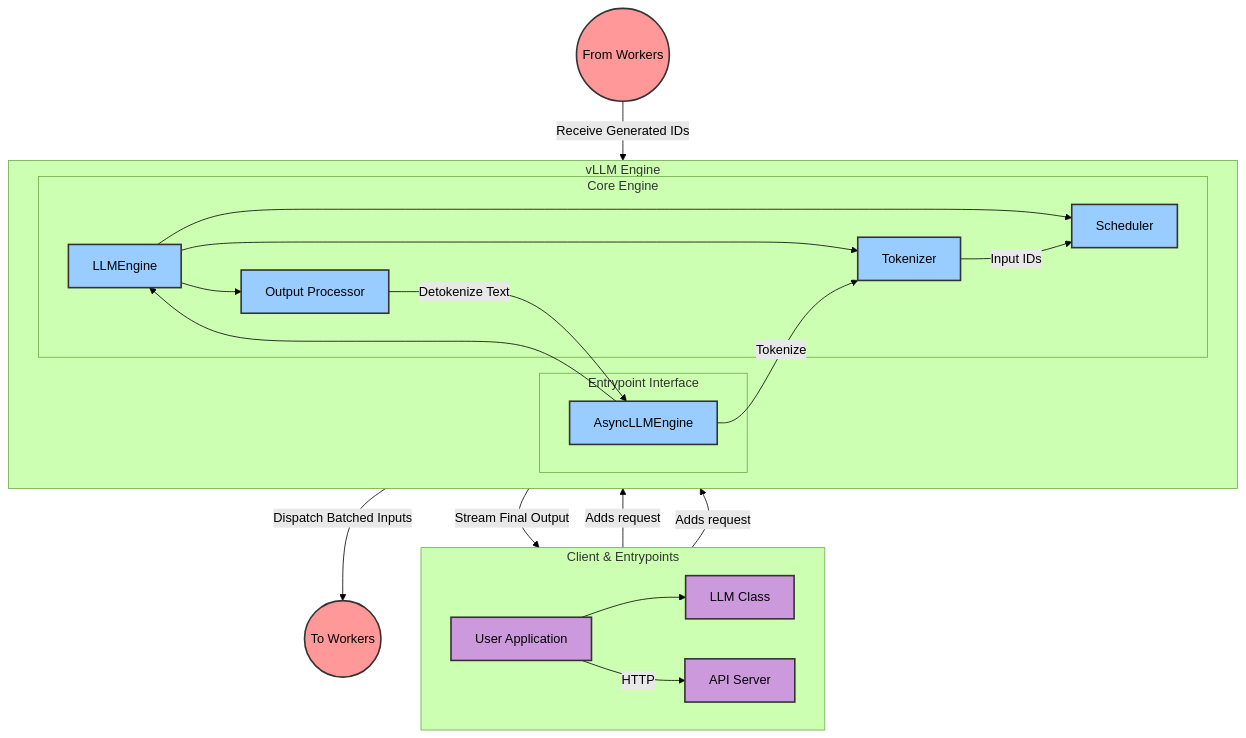
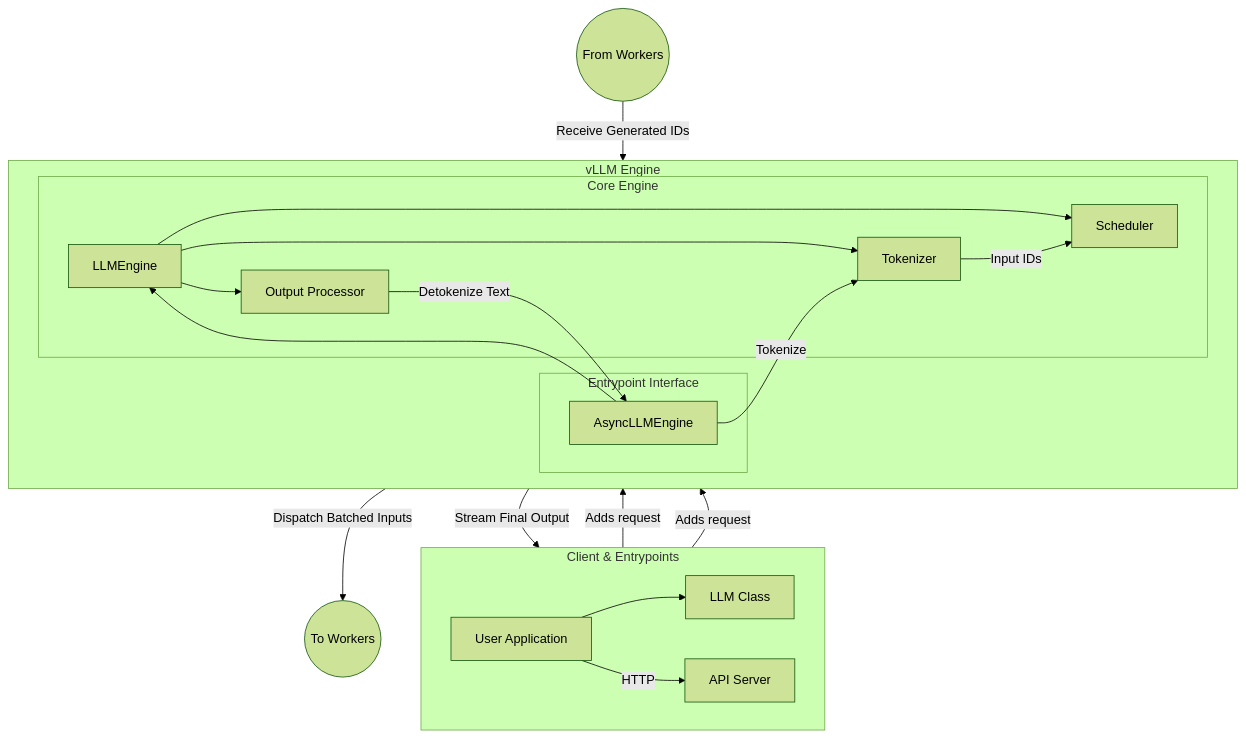
One commit to tangkenyi2001/vllm changed the first of 2 diagrams in ken/diagrams/vLLM_arch.md. Above: the diagram before and after it, drawn with Mermaid (forest theme). The commit also changed other lines of this file, not shown here.

Commit message:
removed styling

````diff
--- a/ken/diagrams/vLLM_arch.md
+++ b/ken/diagrams/vLLM_arch.md
@@ -9,51 +9,42 @@
 ```mermaid
 graph TD
     subgraph "Client & Entrypoints"
         direction LR
         ClientApp[User Application] --> LLM_Class[LLM Class]
         ClientApp -- "HTTP" --> API_Server[API Server]
     end
 
     subgraph "vLLM Engine"
         direction LR
         subgraph "Entrypoint Interface"
             AsyncEngine[AsyncLLMEngine]
         end
         
         subgraph "Core Engine"
             Engine[LLMEngine]
             Tokenizer[Tokenizer]
             Scheduler[Scheduler]
             OutputProcessor[Output Processor]
         end
 
         AsyncEngine --> Engine
         Engine --> Tokenizer
         Engine --> Scheduler
         Engine --> OutputProcessor
     end
 
     %% Define Flow
     LLM_Class -- "Adds request" --> AsyncEngine
     API_Server -- "Adds request" --> AsyncEngine
     
     AsyncEngine -- "Tokenize" --> Tokenizer
     Tokenizer -- "Input IDs" --> Scheduler
     
     Scheduler -- "Dispatch Batched Inputs" --> ToWorkers((To Workers))
     
     FromWorkers((From Workers)) -- "Receive Generated IDs" --> OutputProcessor
     OutputProcessor -- "Detokenize Text" --> AsyncEngine
     
     AsyncEngine -- "Stream Final Output" --> ClientApp
 
-    %% Styling
-    classDef client fill:#c9d,stroke:#333,stroke-width:2px;
-    classDef entrypoint fill:#ccf,stroke:#333,stroke-width:2px;
-    classDef engine fill:#9cf,stroke:#333,stroke-width:2px;
-    classDef flow fill:#f99,stroke:#333,stroke-width:2px;
-
-    class ClientApp,LLM_Class,API_Server client;
-    class AsyncEngine,Engine,Scheduler,Tokenizer,OutputProcessor engine;
-    class ToWorkers,FromWorkers flow;
 ```
````
